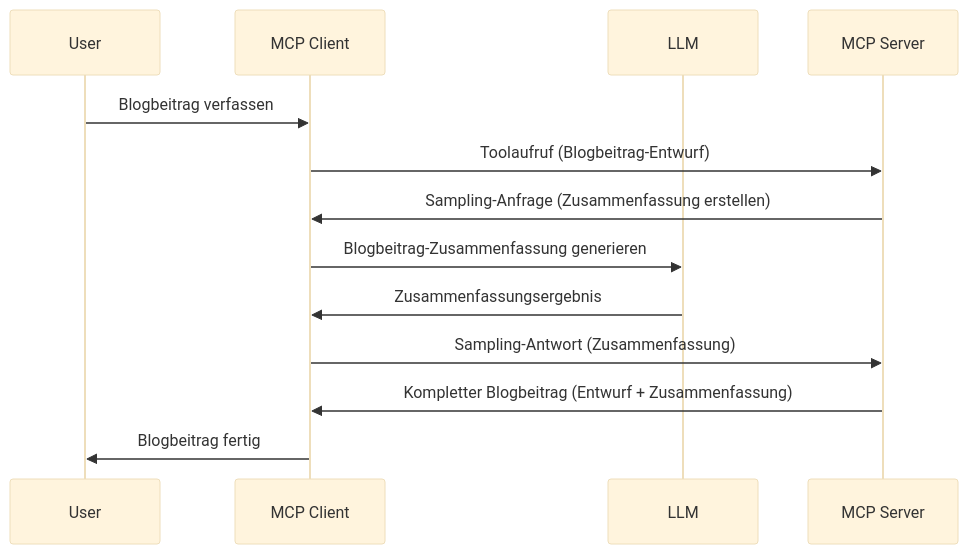
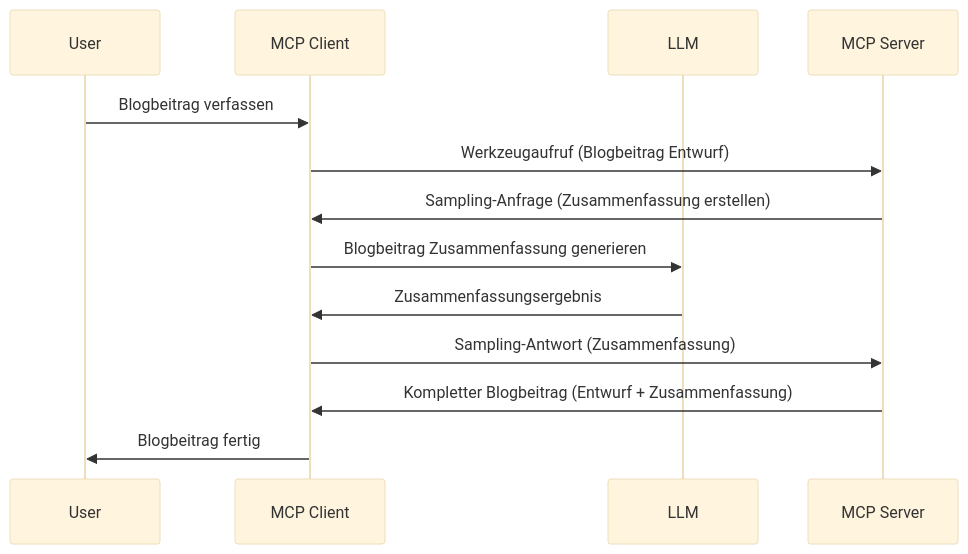
One commit to HIDORAKAI002/ai-workspace-archive changed the diagram in mcp_ecosystem__model_context_protocol/mcp_learning_resources/mcp-for-beginners/translations/de/03-GettingStarted/14-sampling/README.md. Above: the diagram before and after it, drawn with Mermaid (base theme). The commit also changed other lines of this file and 1539 other files, not shown here.

````diff
--- a/mcp_ecosystem__model_context_protocol/mcp_learning_resources/mcp-for-beginners/translations/de/03-GettingStarted/14-sampling/README.md
+++ b/mcp_ecosystem__model_context_protocol/mcp_learning_resources/mcp-for-beginners/translations/de/03-GettingStarted/14-sampling/README.md
@@ -23,16 +23,16 @@
 ```mermaid
 sequenceDiagram
     participant User
     participant MCP Client
     participant LLM
     participant MCP Server
 
     User->>MCP Client: Blogbeitrag verfassen
-    MCP Client->>MCP Server: Toolaufruf (Blogbeitrag-Entwurf)
+    MCP Client->>MCP Server: Werkzeugaufruf (Blogbeitrag Entwurf)
     MCP Server->>MCP Client: Sampling-Anfrage (Zusammenfassung erstellen)
-    MCP Client->>LLM: Blogbeitrag-Zusammenfassung generieren
+    MCP Client->>LLM: Blogbeitrag Zusammenfassung generieren
     LLM->>MCP Client: Zusammenfassungsergebnis
     MCP Client->>MCP Server: Sampling-Antwort (Zusammenfassung)
     MCP Server->>MCP Client: Kompletter Blogbeitrag (Entwurf + Zusammenfassung)
     MCP Client->>User: Blogbeitrag fertig
 ```
````
